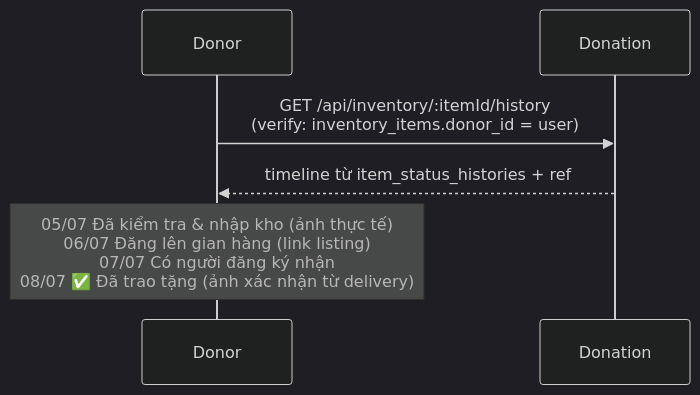
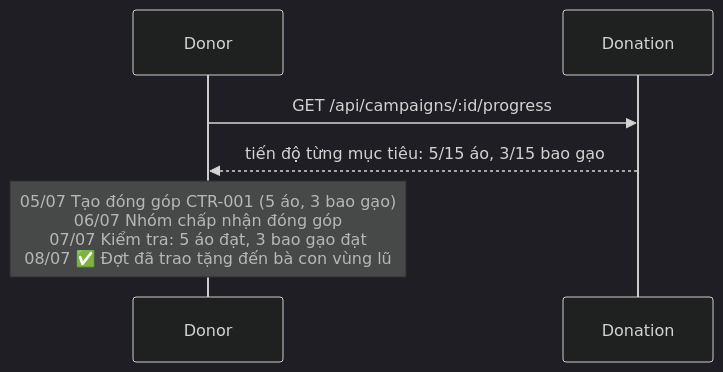
One commit to hieusoft/project4 changed diagram 14 of 14 in docs/flows.md. Above: the diagram before and after it, drawn with Mermaid (dark theme). The commit also changed other lines of this file and 62 other files, not shown here.

````diff
--- a/docs/flows.md
+++ b/docs/flows.md
@@ -322,8 +284,8 @@
 ```mermaid
 sequenceDiagram
     participant D as Donor
     participant DON as Donation
-    D->>DON: GET /api/inventory/:itemId/history<br/>(verify: inventory_items.donor_id = user)
-    DON-->>D: timeline từ item_status_histories + ref
-    Note over D: 05/07 Đã kiểm tra & nhập kho (ảnh thực tế)<br/>06/07 Đăng lên gian hàng (link listing)<br/>07/07 Có người đăng ký nhận<br/>08/07 ✅ Đã trao tặng (ảnh xác nhận từ delivery)
+    D->>DON: GET /api/campaigns/:id/progress
+    DON-->>D: tiến độ từng mục tiêu: 5/15 áo, 3/15 bao gạo
+    Note over D: 05/07 Tạo đóng góp CTR-001 (5 áo, 3 bao gạo)<br/>06/07 Nhóm chấp nhận đóng góp<br/>07/07 Kiểm tra: 5 áo đạt, 3 bao gạo đạt<br/>08/07 ✅ Đợt đã trao tặng đến bà con vùng lũ
 ```
````
